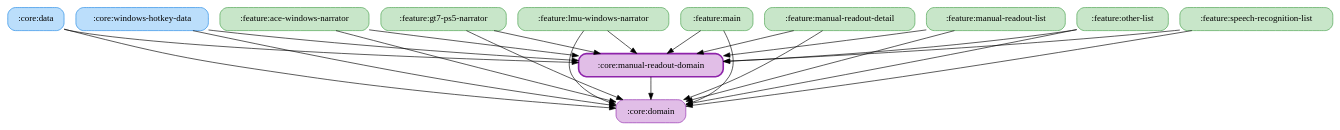
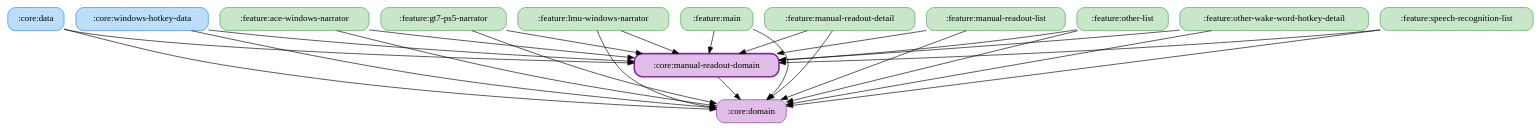
One commit to ai-kurou/KoDriver changed the diagram in docs/graphs/core-manual-readout-domain.gv. Above: the diagram before and after it, drawn with Graphviz. The commit also changed 158 other files, not shown here.

```diff
--- a/docs/graphs/core-manual-readout-domain.gv
+++ b/docs/graphs/core-manual-readout-domain.gv
@@ -1,37 +1,40 @@
 digraph G {
   rankdir=TB
   node [shape=box, style="rounded,filled"]
   ":core:data" [fillcolor="#BBDEFB", color="#1E88E5", penwidth=1]
   ":core:domain" [fillcolor="#E1BEE7", color="#8E24AA", penwidth=1]
   ":core:manual-readout-domain" [fillcolor="#E1BEE7", color="#8E24AA", penwidth=2.5]
   ":core:windows-hotkey-data" [fillcolor="#BBDEFB", color="#1E88E5", penwidth=1]
   ":feature:ace-windows-narrator" [fillcolor="#C8E6C9", color="#43A047", penwidth=1]
   ":feature:gt7-ps5-narrator" [fillcolor="#C8E6C9", color="#43A047", penwidth=1]
   ":feature:lmu-windows-narrator" [fillcolor="#C8E6C9", color="#43A047", penwidth=1]
   ":feature:main" [fillcolor="#C8E6C9", color="#43A047", penwidth=1]
   ":feature:manual-readout-detail" [fillcolor="#C8E6C9", color="#43A047", penwidth=1]
   ":feature:manual-readout-list" [fillcolor="#C8E6C9", color="#43A047", penwidth=1]
   ":feature:other-list" [fillcolor="#C8E6C9", color="#43A047", penwidth=1]
+  ":feature:other-wake-word-hotkey-detail" [fillcolor="#C8E6C9", color="#43A047", penwidth=1]
   ":feature:speech-recognition-list" [fillcolor="#C8E6C9", color="#43A047", penwidth=1]
   ":core:data" -> ":core:domain"
   ":core:data" -> ":core:manual-readout-domain"
   ":core:manual-readout-domain" -> ":core:domain"
   ":core:windows-hotkey-data" -> ":core:domain"
   ":core:windows-hotkey-data" -> ":core:manual-readout-domain"
   ":feature:ace-windows-narrator" -> ":core:domain"
   ":feature:ace-windows-narrator" -> ":core:manual-readout-domain"
   ":feature:gt7-ps5-narrator" -> ":core:domain"
   ":feature:gt7-ps5-narrator" -> ":core:manual-readout-domain"
   ":feature:lmu-windows-narrator" -> ":core:domain"
   ":feature:lmu-windows-narrator" -> ":core:manual-readout-domain"
   ":feature:main" -> ":core:domain"
   ":feature:main" -> ":core:manual-readout-domain"
   ":feature:manual-readout-detail" -> ":core:domain"
   ":feature:manual-readout-detail" -> ":core:manual-readout-domain"
   ":feature:manual-readout-list" -> ":core:domain"
   ":feature:manual-readout-list" -> ":core:manual-readout-domain"
   ":feature:other-list" -> ":core:domain"
   ":feature:other-list" -> ":core:manual-readout-domain"
+  ":feature:other-wake-word-hotkey-detail" -> ":core:domain"
+  ":feature:other-wake-word-hotkey-detail" -> ":core:manual-readout-domain"
   ":feature:speech-recognition-list" -> ":core:domain"
   ":feature:speech-recognition-list" -> ":core:manual-readout-domain"
 }
```
